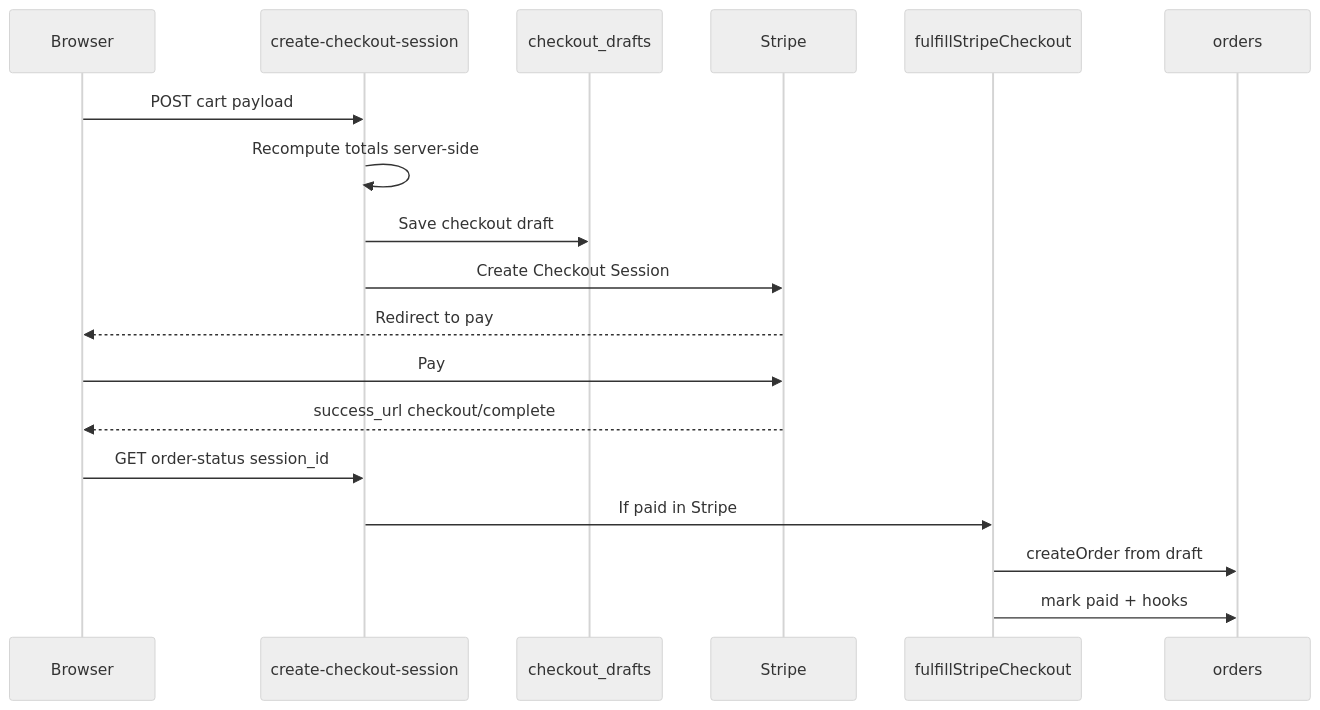
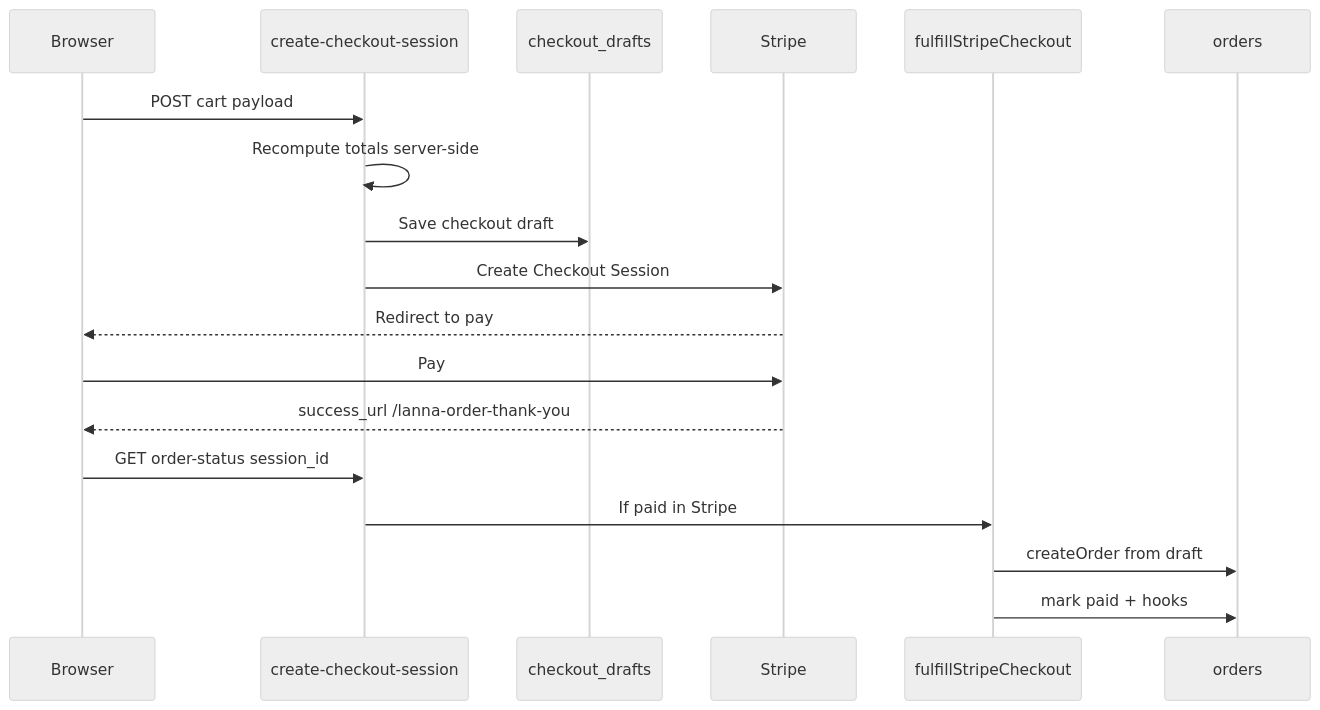
Before and after one commit to SuperShot3/lanna-bloom: the diagram in ai_context/04_CHECKOUT_ORDERS_STRIPE.md, drawn with Mermaid (neutral theme). The commit also changed other lines of this file and 15 other files, not shown here.

````diff
--- a/ai_context/04_CHECKOUT_ORDERS_STRIPE.md
+++ b/ai_context/04_CHECKOUT_ORDERS_STRIPE.md
@@ -13,21 +13,21 @@
 ```mermaid
 sequenceDiagram
   participant Browser
   participant API as create-checkout-session
   participant Draft as checkout_drafts
   participant Stripe
   participant Fulfill as fulfillStripeCheckout
   participant DB as orders
 
   Browser->>API: POST cart payload
   API->>API: Recompute totals server-side
   API->>Draft: Save checkout draft
   API->>Stripe: Create Checkout Session
   Stripe-->>Browser: Redirect to pay
   Browser->>Stripe: Pay
-  Stripe-->>Browser: success_url checkout/complete
+  Stripe-->>Browser: success_url /lanna-order-thank-you
   Browser->>API: GET order-status session_id
   API->>Fulfill: If paid in Stripe
   Fulfill->>DB: createOrder from draft
   Fulfill->>DB: mark paid + hooks
 ```
````
